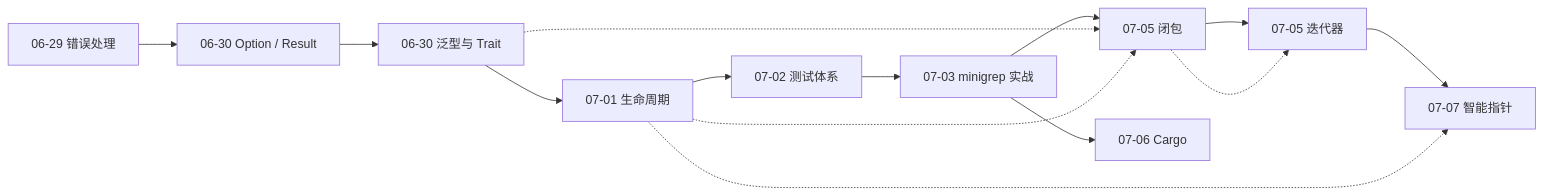
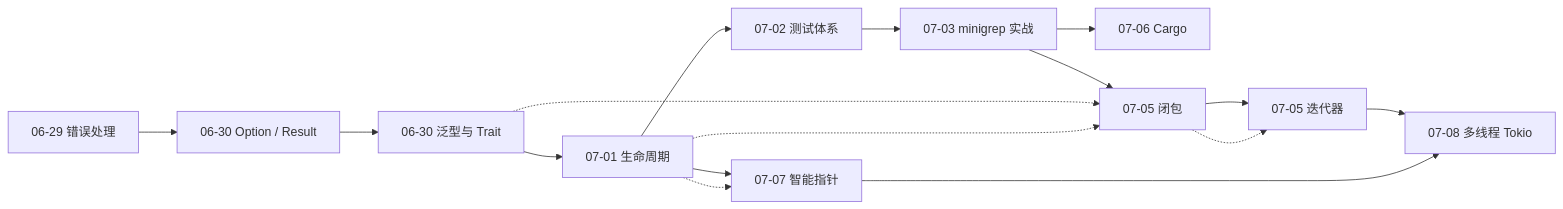
One commit to lliusshijjie/Rust_xmind changed the diagram in README.md. Above: the diagram before and after it, drawn with Mermaid. The commit also changed other lines of this file and 1 other file, not shown here.

Commit message:
Add multithreading notes, rename xmind to English, update README.

````diff
--- a/README.md
+++ b/README.md
@@ -7,17 +7,19 @@
 ```mermaid
 graph LR
     A["06-29 错误处理"] --> B["06-30 Option / Result"]
     B --> C["06-30 泛型与 Trait"]
     C --> D["07-01 生命周期"]
     D --> E["07-02 测试体系"]
     E --> F["07-03 minigrep 实战"]
+    F --> I["07-06 Cargo"]
     F --> G["07-05 闭包"]
     G --> H["07-05 迭代器"]
-    F --> I["07-06 Cargo"]
-    H --> J["07-07 智能指针"]
+    H --> J["07-08 多线程 Tokio"]
+    D --> K["07-07 智能指针"]
+    K --> J
 
     C -.-> G
     D -.-> G
     G -.-> H
-    D -.-> J
+    D -.-> K
 ```
````
